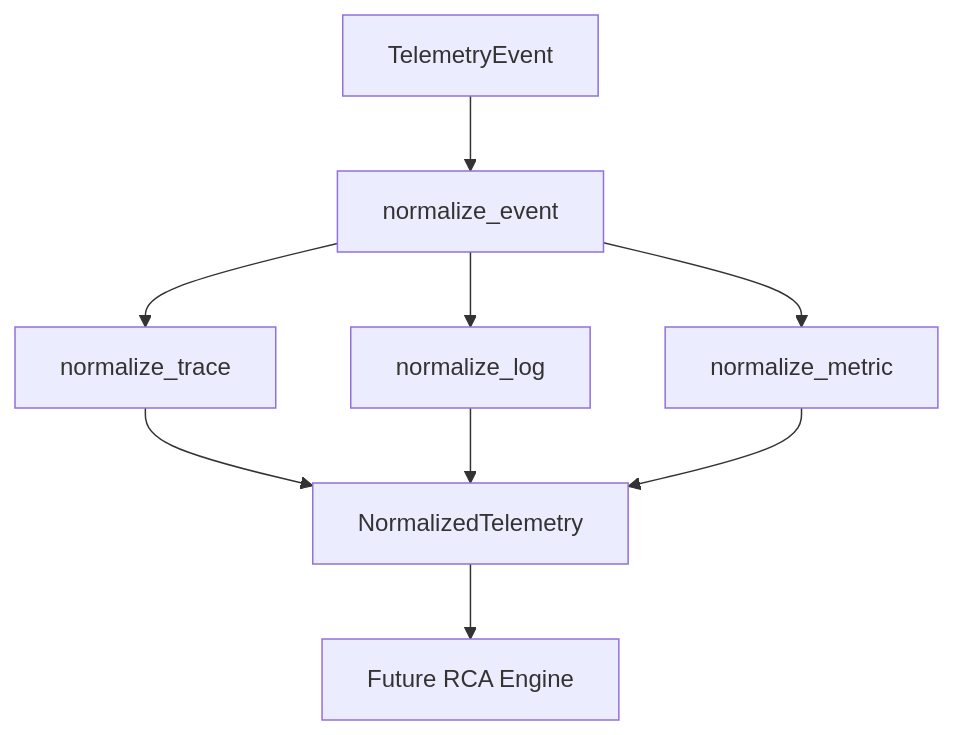
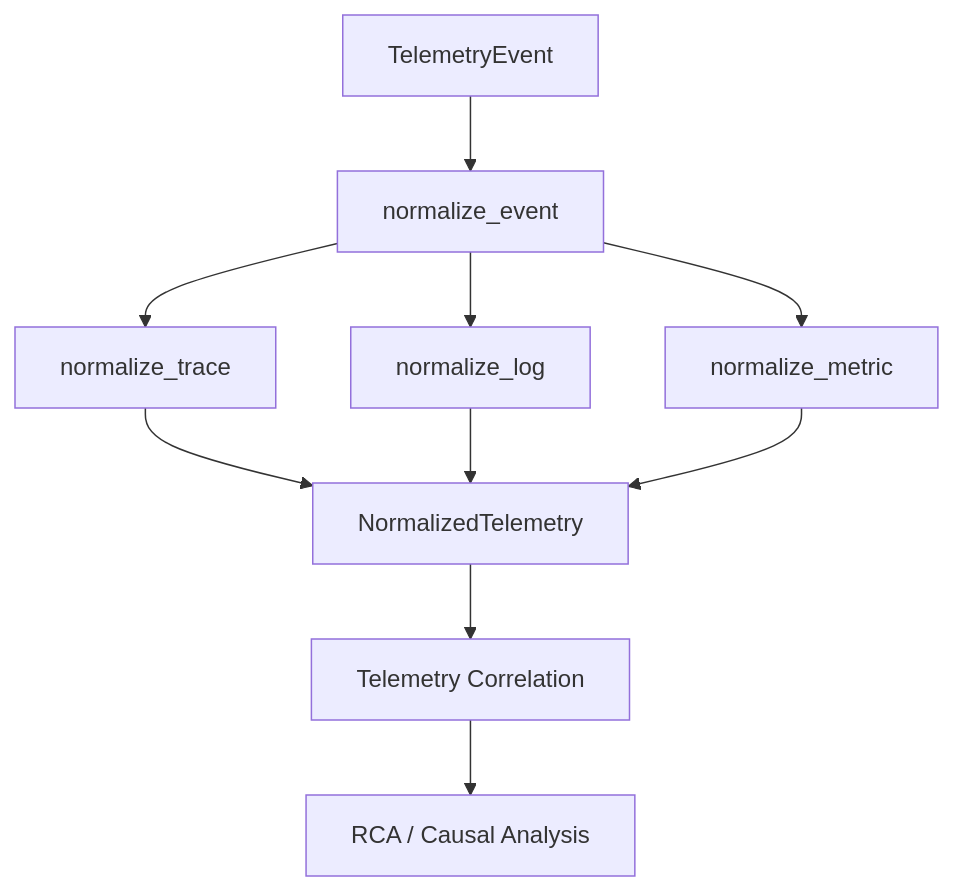
Before and after one commit to kuldeepsinghcsaiml24-hue/TraceRCA-AI: diagram 12 of 23 in README.md, drawn with Mermaid. The commit also changed other lines of this file and 1 other file, not shown here.

````diff
--- a/README.md
+++ b/README.md
@@ -675,11 +590,12 @@
 ```mermaid
 flowchart TD
     E[TelemetryEvent] --> NE[normalize_event]
     NE --> T[normalize_trace]
     NE --> L[normalize_log]
     NE --> M[normalize_metric]
     T --> NT[NormalizedTelemetry]
     L --> NT
     M --> NT
-    NT --> RCA[Future RCA Engine]
+    NT --> CORR[Telemetry Correlation]
+    CORR --> RCA[RCA / Causal Analysis]
 ```
````
